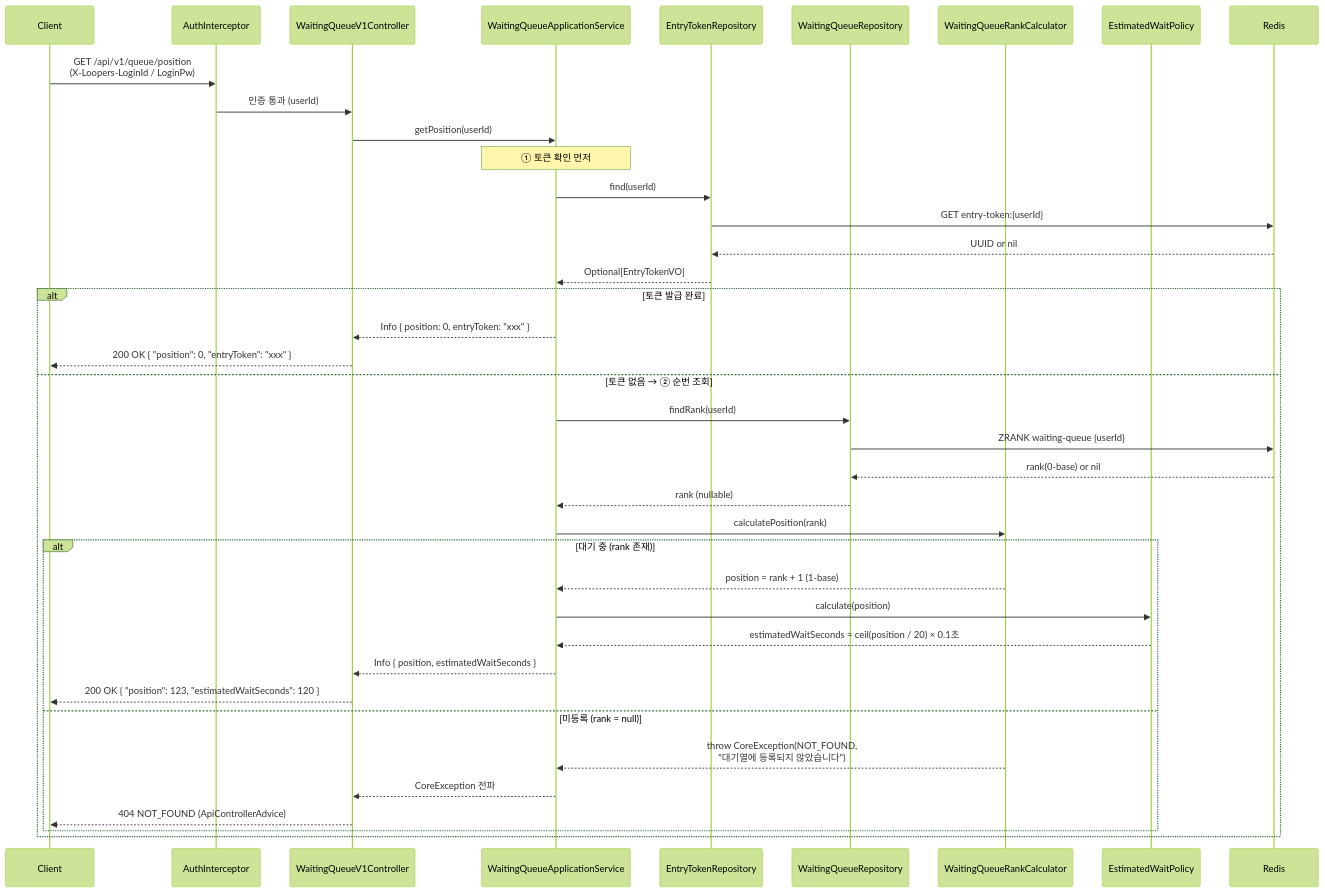
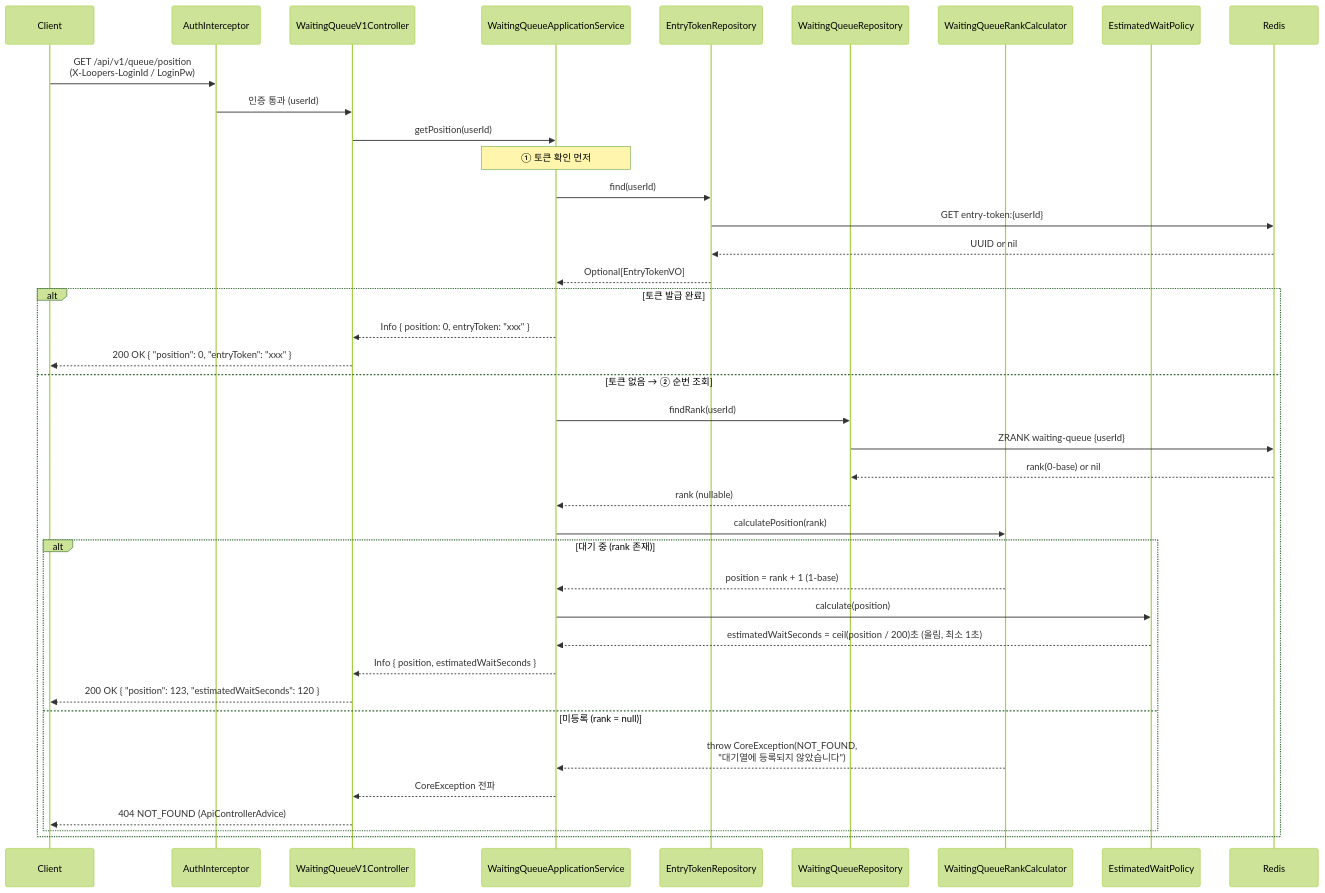
Before and after one commit to Hangju0610/loop-pack-be-l2-vol4-java: the second of 4 diagrams in docs/domain/waiting-queue/02-diagrams.md, drawn with Mermaid (forest theme). The commit also changed 9 other files, not shown here.

````diff
--- a/docs/domain/waiting-queue/02-diagrams.md
+++ b/docs/domain/waiting-queue/02-diagrams.md
@@ -45,46 +45,46 @@
 ```mermaid
 sequenceDiagram
     participant C as Client
     participant AI as AuthInterceptor
     participant CTL as WaitingQueueV1Controller
     participant SVC as WaitingQueueApplicationService
     participant ETR as EntryTokenRepository
     participant WQR as WaitingQueueRepository
     participant RC as WaitingQueueRankCalculator
     participant EWP as EstimatedWaitPolicy
     participant R as Redis
 
     C->>AI: GET /api/v1/queue/position<br/>(X-Loopers-LoginId / LoginPw)
     AI->>CTL: 인증 통과 (userId)
     CTL->>SVC: getPosition(userId)
 
     Note over SVC: ① 토큰 확인 먼저
     SVC->>ETR: find(userId)
     ETR->>R: GET entry-token:{userId}
     R-->>ETR: UUID or nil
     ETR-->>SVC: Optional[EntryTokenVO]
 
     alt 토큰 발급 완료
         SVC-->>CTL: Info { position: 0, entryToken: "xxx" }
         CTL-->>C: 200 OK { "position": 0, "entryToken": "xxx" }
     else 토큰 없음 → ② 순번 조회
         SVC->>WQR: findRank(userId)
         WQR->>R: ZRANK waiting-queue {userId}
         R-->>WQR: rank(0-base) or nil
         WQR-->>SVC: rank (nullable)
 
         SVC->>RC: calculatePosition(rank)
 
         alt 대기 중 (rank 존재)
             RC-->>SVC: position = rank + 1 (1-base)
             SVC->>EWP: calculate(position)
-            EWP-->>SVC: estimatedWaitSeconds = ceil(position / 20) × 0.1초
+            EWP-->>SVC: estimatedWaitSeconds = ceil(position / 200)초 (올림, 최소 1초)
             SVC-->>CTL: Info { position, estimatedWaitSeconds }
             CTL-->>C: 200 OK { "position": 123, "estimatedWaitSeconds": 120 }
         else 미등록 (rank = null)
             RC-->>SVC: throw CoreException(NOT_FOUND,<br/>"대기열에 등록되지 않았습니다")
             SVC-->>CTL: CoreException 전파
             CTL-->>C: 404 NOT_FOUND (ApiControllerAdvice)
         end
     end
 ```
````
